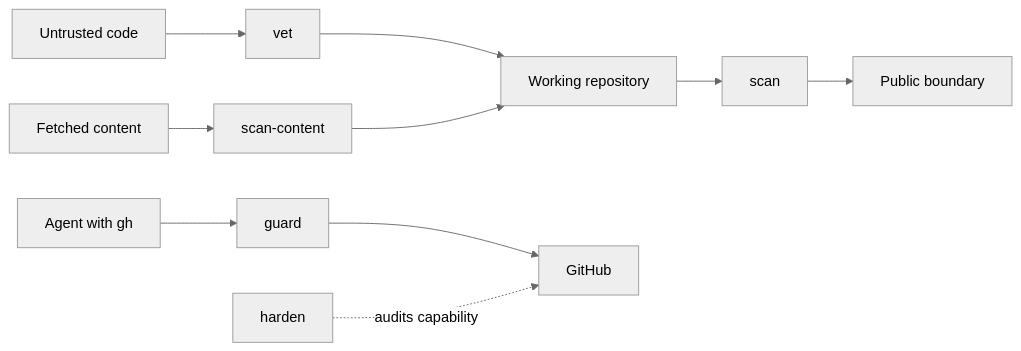
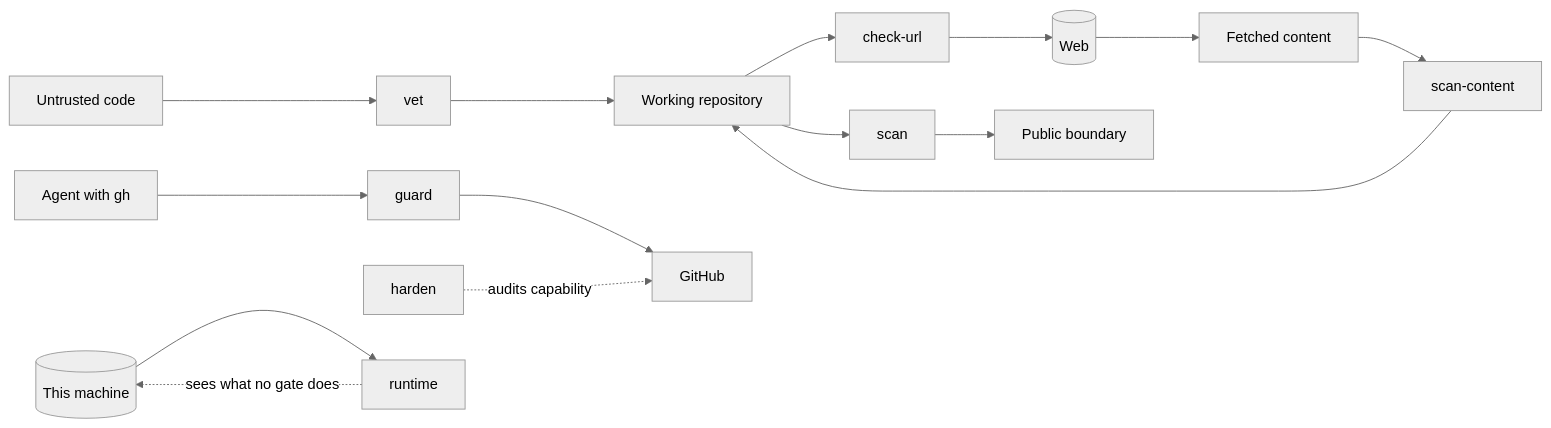
One commit to 0xNyk/agent-security changed the diagram in README.md. Above: the diagram before and after it, drawn with Mermaid (neutral theme). The commit also changed other lines of this file and 25 other files, not shown here.

First line of the commit message:
0.2.0: runtime audit + scheduler, check-url + research-egress gate, discovered test runner

````diff
--- a/README.md
+++ b/README.md
@@ -45,12 +55,17 @@
 ```mermaid
 flowchart LR
     inbound[Untrusted code] --> vet[vet]
     vet --> workspace[Working repository]
-    content[Fetched content] --> tripwire[scan-content]
+    workspace --> egress[check-url]
+    egress --> web[(Web)]
+    web --> content[Fetched content]
+    content --> tripwire[scan-content]
     tripwire --> workspace
     workspace --> scan[scan]
     scan --> outbound[Public boundary]
     agent[Agent with gh] --> guard[guard]
     guard --> github[GitHub]
     harden[harden] -. audits capability .-> github
+    host[(This machine)] --> runtime[runtime]
+    runtime -. sees what no gate does .-> host
 ```
````
